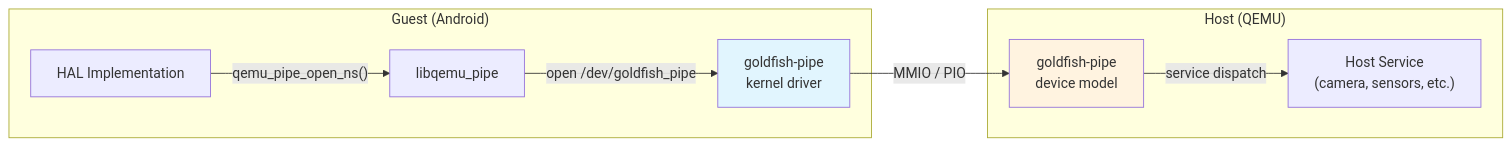
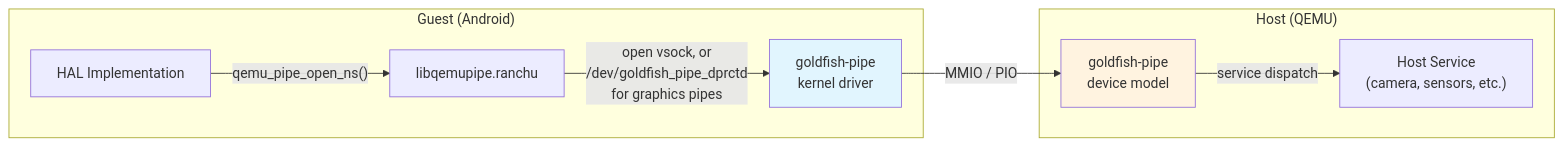
Before and after one commit to aospbooks/aosp-internal-book: the fifth of 20 diagrams in 60-emulator.md, drawn with Mermaid. The commit also changed other lines of this file and 218 other files, not shown here.

````diff
--- a/60-emulator.md
+++ b/60-emulator.md
@@ -1075,21 +1080,21 @@
 ```mermaid
 graph LR
     subgraph "Guest (Android)"
         GHAL["HAL Implementation"]
-        GLIB["libqemu_pipe"]
+        GLIB["libqemupipe.ranchu"]
         KPIPE["goldfish-pipe<br/>kernel driver"]
     end
 
     subgraph "Host (QEMU)"
         HPIPE["goldfish-pipe<br/>device model"]
         HSVC["Host Service<br/>(camera, sensors, etc.)"]
     end
 
     GHAL -->|"qemu_pipe_open_ns()"| GLIB
-    GLIB -->|"open /dev/goldfish_pipe"| KPIPE
+    GLIB -->|"open vsock, or<br/>/dev/goldfish_pipe_dprctd<br/>for graphics pipes"| KPIPE
     KPIPE -->|"MMIO / PIO"| HPIPE
     HPIPE -->|"service dispatch"| HSVC
 
     style KPIPE fill:#e1f5fe
     style HPIPE fill:#fff3e0
 ```
````
